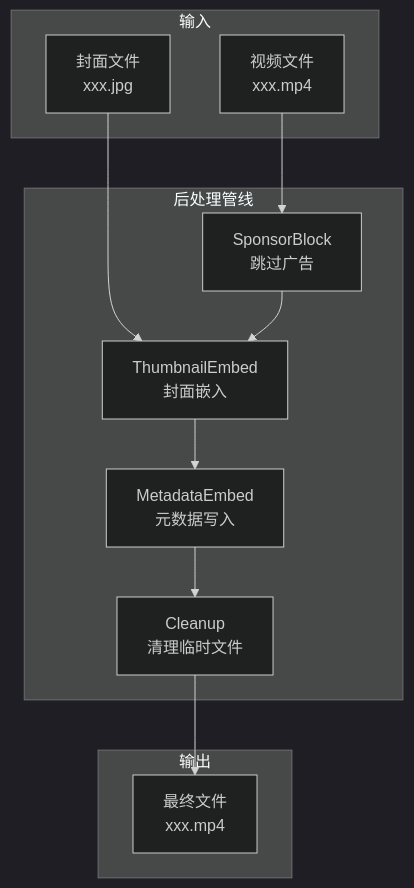
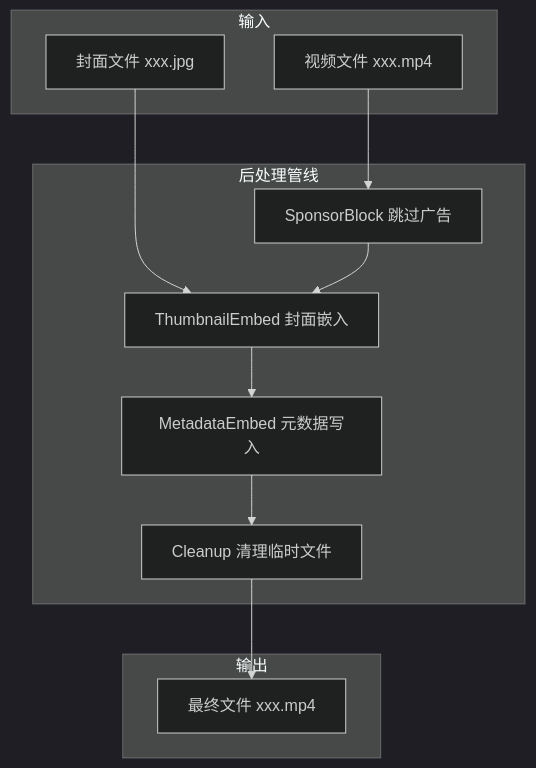
Diagram 12 of 24 in docs/ARCHITECTURE.md (prideicker/FluentYTDL), drawn with Mermaid (dark theme) before and after one commit. The commit also changed other lines of this file, not shown here.

Commit message:
fix: 修复所有 Mermaid 图表 GitHub 渲染问题 (移除 br 标签和特殊字符)

````diff
--- a/docs/ARCHITECTURE.md
+++ b/docs/ARCHITECTURE.md
@@ -585,25 +585,25 @@
 ```mermaid
 flowchart TB
     subgraph Input["输入"]
-        VF[视频文件<br/>xxx.mp4]
-        TF[封面文件<br/>xxx.jpg]
+        VF["视频文件 xxx.mp4"]
+        TF["封面文件 xxx.jpg"]
     end
     
     subgraph Pipeline["后处理管线"]
-        SB[SponsorBlock<br/>跳过广告]
-        TE[ThumbnailEmbed<br/>封面嵌入]
-        ME[MetadataEmbed<br/>元数据写入]
-        CL[Cleanup<br/>清理临时文件]
+        SB["SponsorBlock 跳过广告"]
+        TE["ThumbnailEmbed 封面嵌入"]
+        ME["MetadataEmbed 元数据写入"]
+        CL["Cleanup 清理临时文件"]
     end
     
     subgraph Output["输出"]
-        OF[最终文件<br/>xxx.mp4]
+        OF["最终文件 xxx.mp4"]
     end
     
     VF --> SB
     TF --> TE
     SB --> TE
     TE --> ME
     ME --> CL
     CL --> OF
 ```
````
